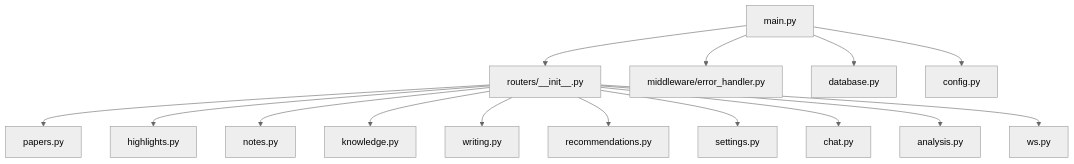
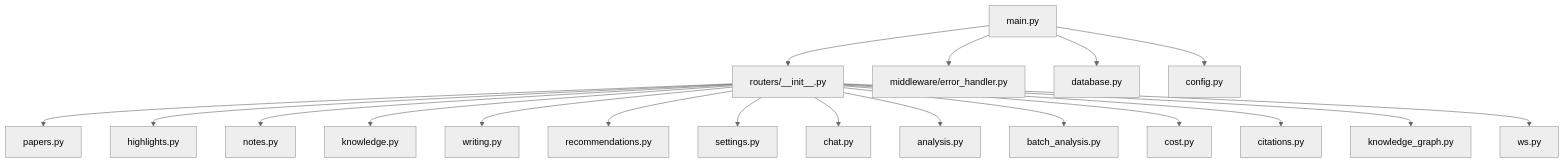
One commit to laohanhahaha/PaperChat changed the third of 3 diagrams in .qoder/repowiki/zh/content/API 参考文档/API 参考文档.md. Above: the diagram before and after it, drawn with Mermaid (neutral theme). The commit also changed other lines of this file and 59 other files, not shown here.

````diff
--- a/.qoder/repowiki/zh/content/API 参考文档/API 参考文档.md
+++ b/.qoder/repowiki/zh/content/API 参考文档/API 参考文档.md
@@ -433,17 +588,21 @@
 ```mermaid
 graph TB
 MAIN["main.py"] --> REG["routers/__init__.py"]
 REG --> PAPERS["papers.py"]
 REG --> HIGHLIGHTS["highlights.py"]
 REG --> NOTES["notes.py"]
 REG --> KNOWLEDGE["knowledge.py"]
 REG --> WRITING["writing.py"]
 REG --> RECOMM["recommendations.py"]
 REG --> SETTINGS["settings.py"]
 REG --> CHAT["chat.py"]
 REG --> ANALYSIS["analysis.py"]
+REG --> BATCH["batch_analysis.py"]
+REG --> COST["cost.py"]
+REG --> CIT["citations.py"]
+REG --> KG["knowledge_graph.py"]
 REG --> WS["ws.py"]
 MAIN --> ERR["middleware/error_handler.py"]
 MAIN --> DB["database.py"]
 MAIN --> CFG["config.py"]
 ```
````
